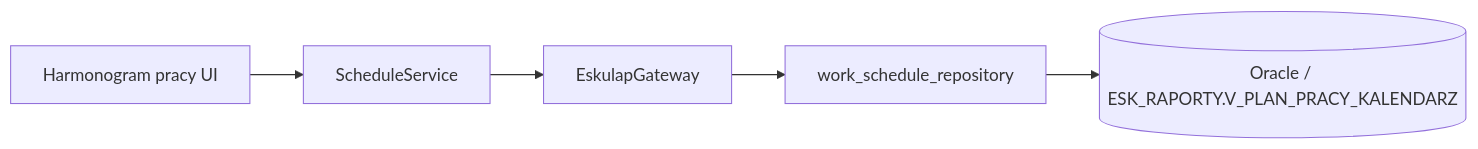
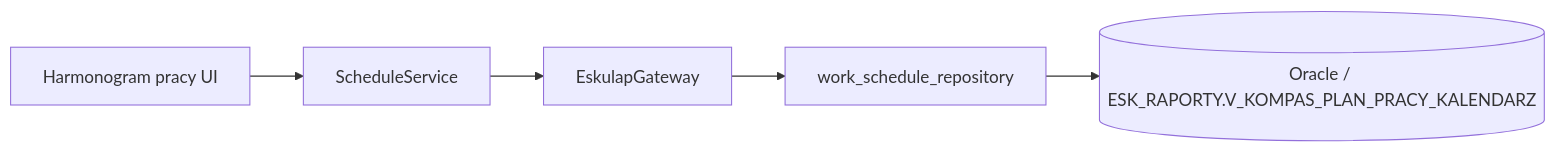
One commit to psychlodz/panel-koordynatora changed the second of 2 diagrams in docs/ARCHITECTURE/KOMPAS_MODULE_ARCHITECTURE.md. Above: the diagram before and after it, drawn with Mermaid. The commit also changed other lines of this file and 15 other files, not shown here.

````diff
--- a/docs/ARCHITECTURE/KOMPAS_MODULE_ARCHITECTURE.md
+++ b/docs/ARCHITECTURE/KOMPAS_MODULE_ARCHITECTURE.md
@@ -143,13 +144,13 @@
 ```mermaid
 flowchart LR
     H["Harmonogram pracy UI"]
     S["ScheduleService"]
     G["EskulapGateway"]
     R["work_schedule_repository"]
-    O[("Oracle / ESK_RAPORTY.V_PLAN_PRACY_KALENDARZ")]
+    O[("Oracle / ESK_RAPORTY.V_KOMPAS_PLAN_PRACY_KALENDARZ")]
 
     H --> S
     S --> G
     G --> R
     R --> O
 ```
````
